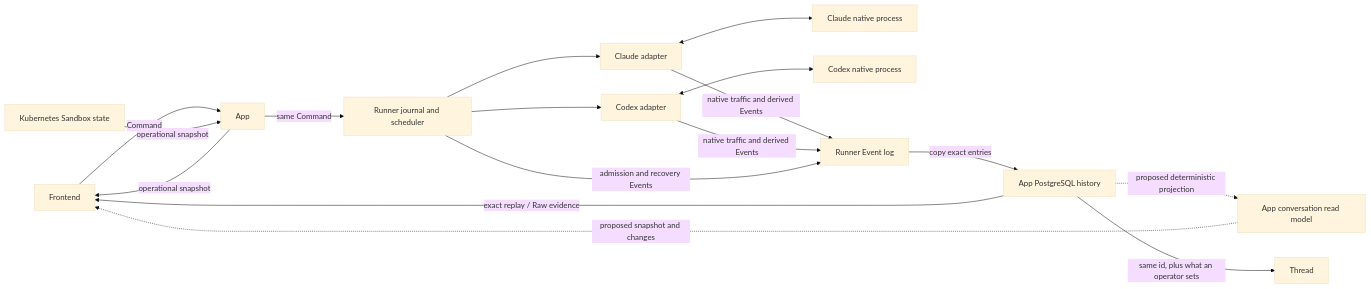
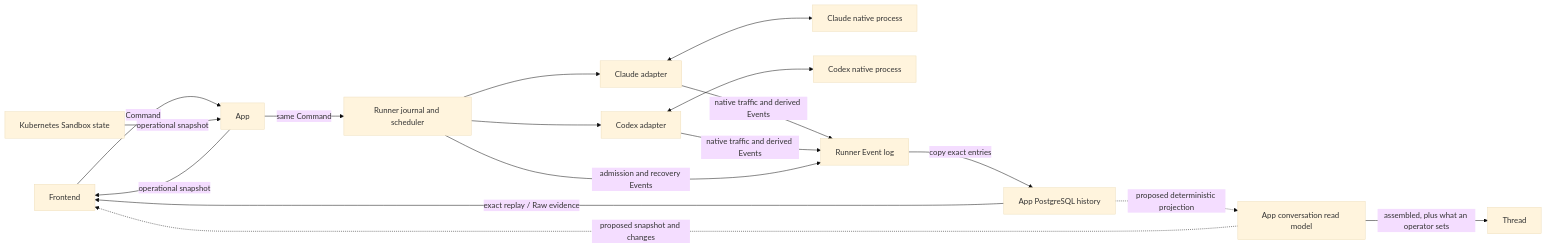
Before and after one commit to agentydragon/ducktape: the first of 6 diagrams in agentplane/docs/thread_layering.md, drawn with Mermaid (base theme). The commit also changed other lines of this file, not shown here.

First line of the commit message:
agentplane: a thread is assembled from its event log, not a handle on it

````diff
--- a/agentplane/docs/thread_layering.md
+++ b/agentplane/docs/thread_layering.md
@@ -34,19 +34,19 @@
 ```mermaid
 flowchart LR
     F[Frontend] -->|Command| A[App]
     A -->|same Command| R[Runner journal and scheduler]
     R --> C[Claude adapter]
     R --> D[Codex adapter]
     C <--> H1[Claude native process]
     D <--> H2[Codex native process]
     C -->|native traffic and derived Events| E[Runner Event log]
     D -->|native traffic and derived Events| E
     R -->|admission and recovery Events| E
     E -->|copy exact entries| P[App PostgreSQL history]
     P -->|exact replay / Raw evidence| F
     P -. proposed deterministic projection .-> V[App conversation read model]
-    P -->|same id, plus what an operator sets| T[Thread]
+    V -->|assembled, plus what an operator sets| T[Thread]
     V -. proposed snapshot and changes .-> F
     K[Kubernetes Sandbox state] -->|operational snapshot| A
     A -->|operational snapshot| F
 ```
````
